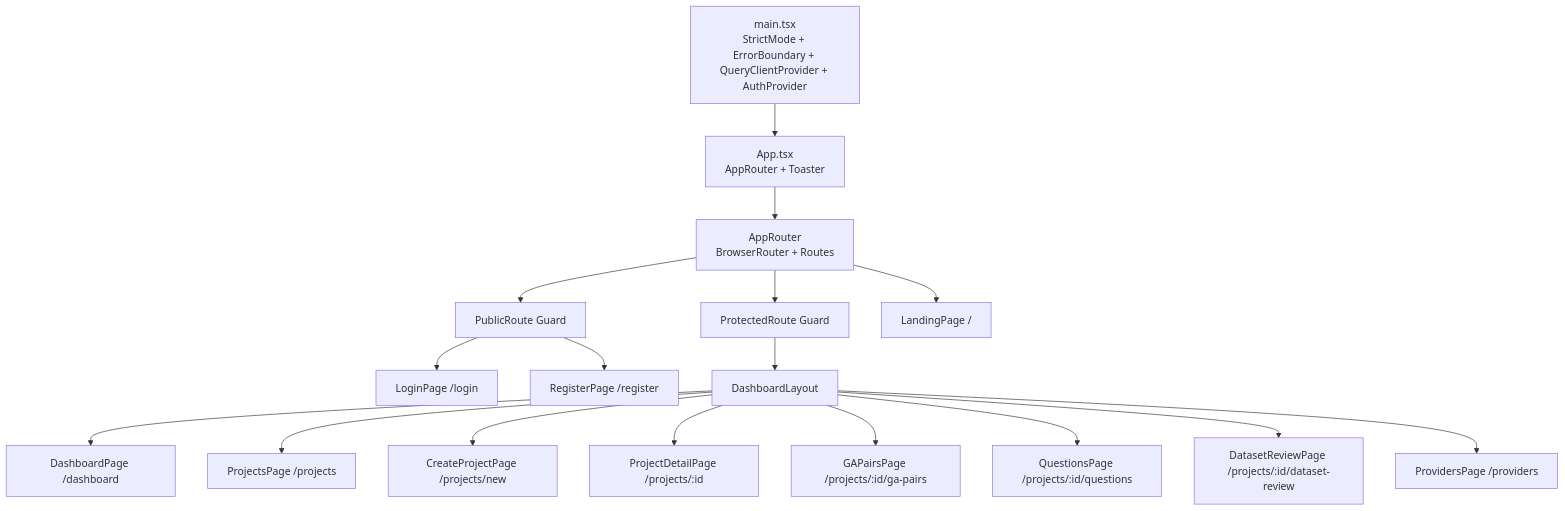
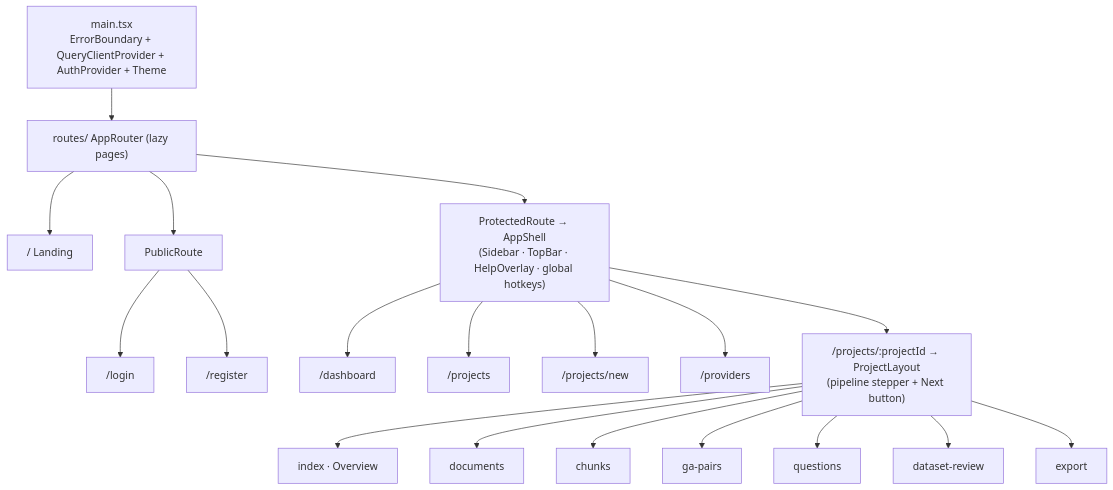
One commit to Mukassir-Ahmed-Farooqui/quick-dataset changed the seventh of 8 diagrams in README.md. Above: the diagram before and after it, drawn with Mermaid. The commit also changed other lines of this file, not shown here.

Commit message:
docs(readme): update architecture, pipeline, status, folder structure, env vars, API and tests (#7)

````diff
--- a/README.md
+++ b/README.md
@@ -425,23 +490,26 @@
 ```mermaid
 graph TD
-    Root["main.tsx<br/>StrictMode + ErrorBoundary + QueryClientProvider + AuthProvider"]
-    Root --> App["App.tsx<br/>AppRouter + Toaster"]
-    App --> Router["AppRouter<br/>BrowserRouter + Routes"]
+    Root["main.tsx<br/>ErrorBoundary + QueryClientProvider + AuthProvider + Theme"]
+    Root --> Router["routes/ AppRouter (lazy pages)"]
 
-    Router --> Public["PublicRoute Guard"]
-    Router --> Protected["ProtectedRoute Guard"]
-    Router --> Landing["LandingPage /"]
+    Router --> Landing["/ Landing"]
+    Router --> Public["PublicRoute"]
+    Router --> Protected["ProtectedRoute → AppShell<br/>(Sidebar · TopBar · HelpOverlay · global hotkeys)"]
 
-    Public --> Login["LoginPage /login"]
-    Public --> Register["RegisterPage /register"]
+    Public --> Login["/login"]
+    Public --> Register["/register"]
 
-    Protected --> DL["DashboardLayout"]
-    DL --> Dashboard["DashboardPage /dashboard"]
-    DL --> Projects["ProjectsPage /projects"]
-    DL --> CreateProject["CreateProjectPage /projects/new"]
-    DL --> ProjectDetail["ProjectDetailPage /projects/:id"]
-    DL --> GAPairs["GAPairsPage /projects/:id/ga-pairs"]
-    DL --> Questions["QuestionsPage /projects/:id/questions"]
-    DL --> DatasetReview["DatasetReviewPage /projects/:id/dataset-review"]
-    DL --> Providers["ProvidersPage /providers"]
+    Protected --> Dashboard["/dashboard"]
+    Protected --> Projects["/projects"]
+    Protected --> Create["/projects/new"]
+    Protected --> Providers["/providers"]
+    Protected --> PL["/projects/:projectId → ProjectLayout<br/>(pipeline stepper + Next button)"]
+
+    PL --> Overview["index · Overview"]
+    PL --> Docs["documents"]
+    PL --> Chunks["chunks"]
+    PL --> GA["ga-pairs"]
+    PL --> Q["questions"]
+    PL --> Rev["dataset-review"]
+    PL --> Exp["export"]
 ```
````
